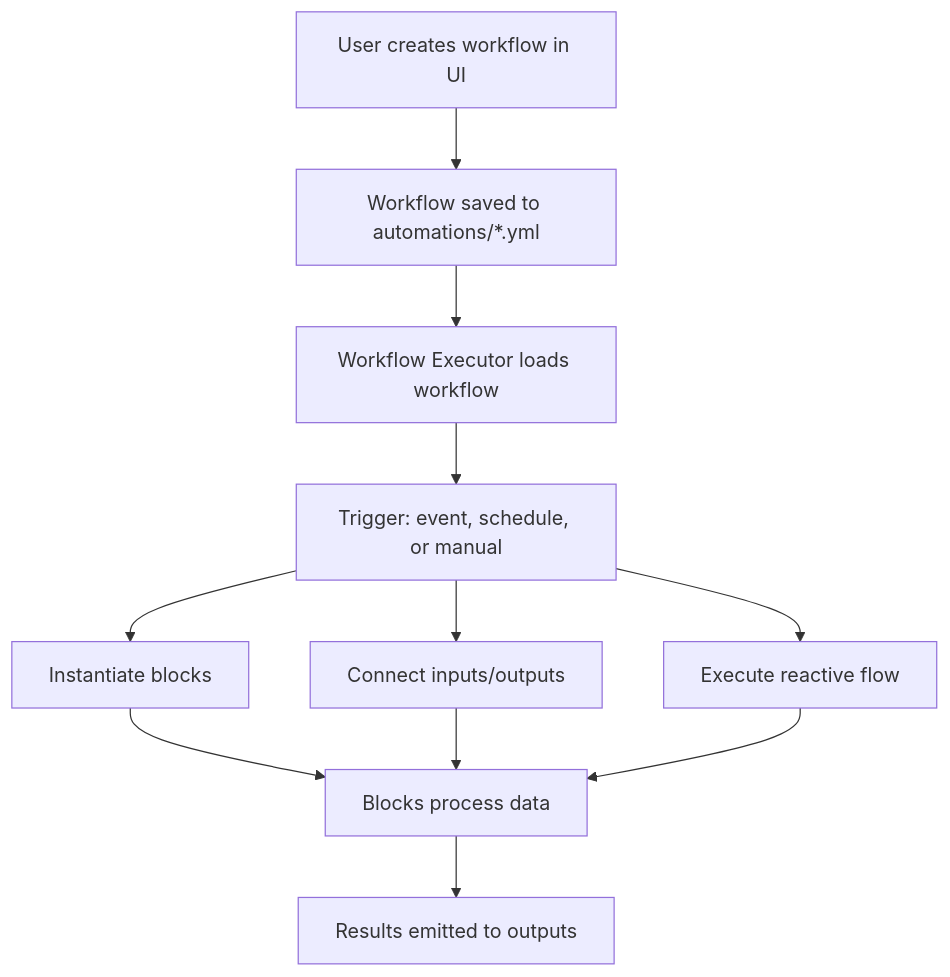
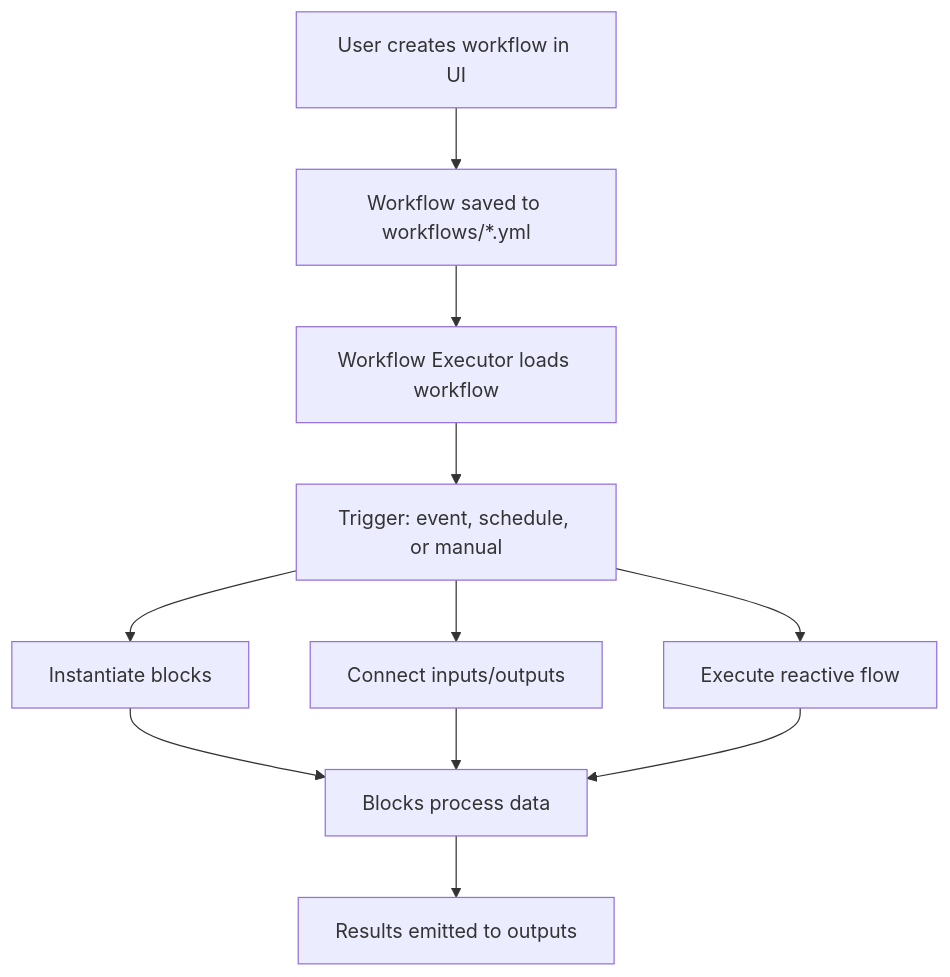
Before and after one commit to brikalabs/brika: the third of 4 diagrams in apps/docs/architecture/overview.md, drawn with Mermaid. The commit also changed other lines of this file and 59 other files, not shown here.

````diff
--- a/apps/docs/architecture/overview.md
+++ b/apps/docs/architecture/overview.md
@@ -94,11 +94,11 @@
 ```mermaid
 flowchart TD
-    A[User creates workflow in UI] --> B[Workflow saved to automations/*.yml]
+    A[User creates workflow in UI] --> B[Workflow saved to workflows/*.yml]
     B --> C[Workflow Executor loads workflow]
     C --> D[Trigger: event, schedule, or manual]
     D --> E[Instantiate blocks]
     D --> F[Connect inputs/outputs]
     D --> G[Execute reactive flow]
     E & F & G --> H[Blocks process data]
     H --> I[Results emitted to outputs]
 ```
````
